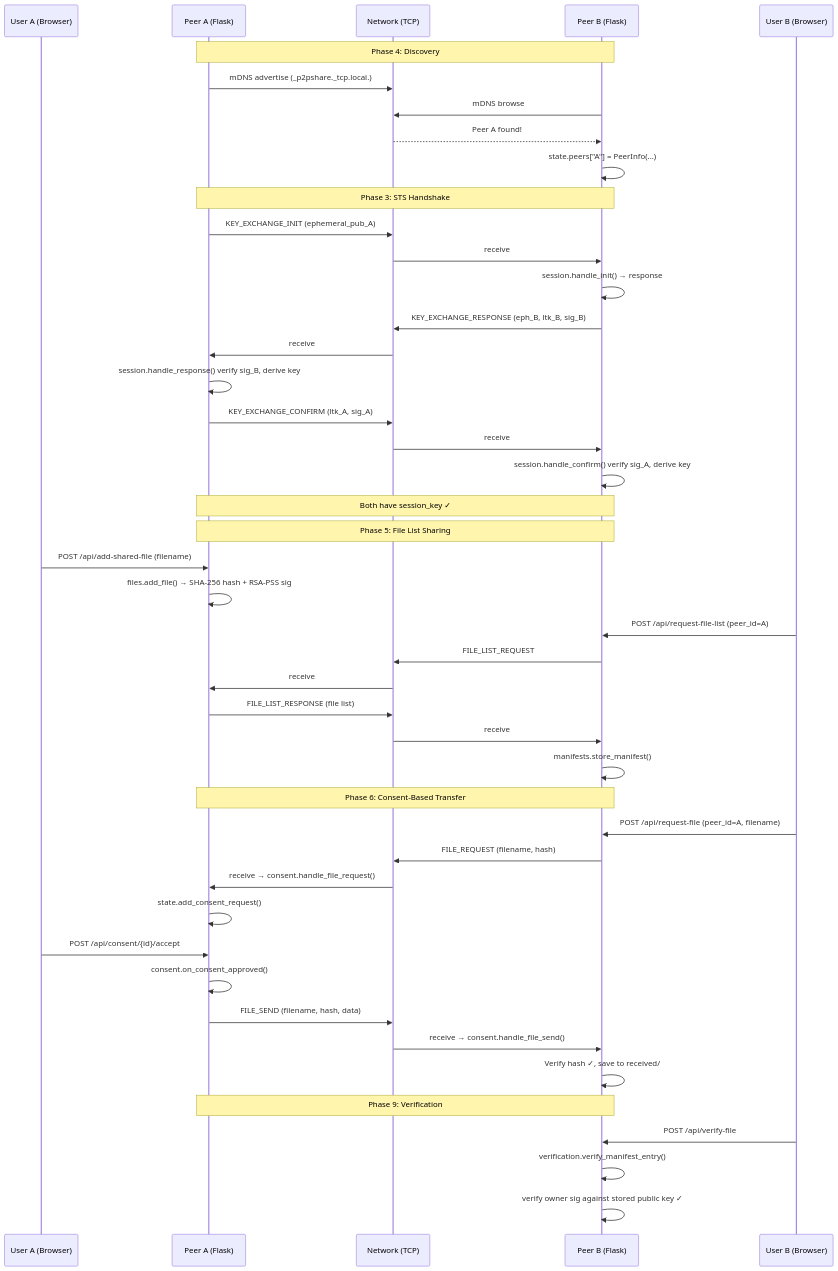
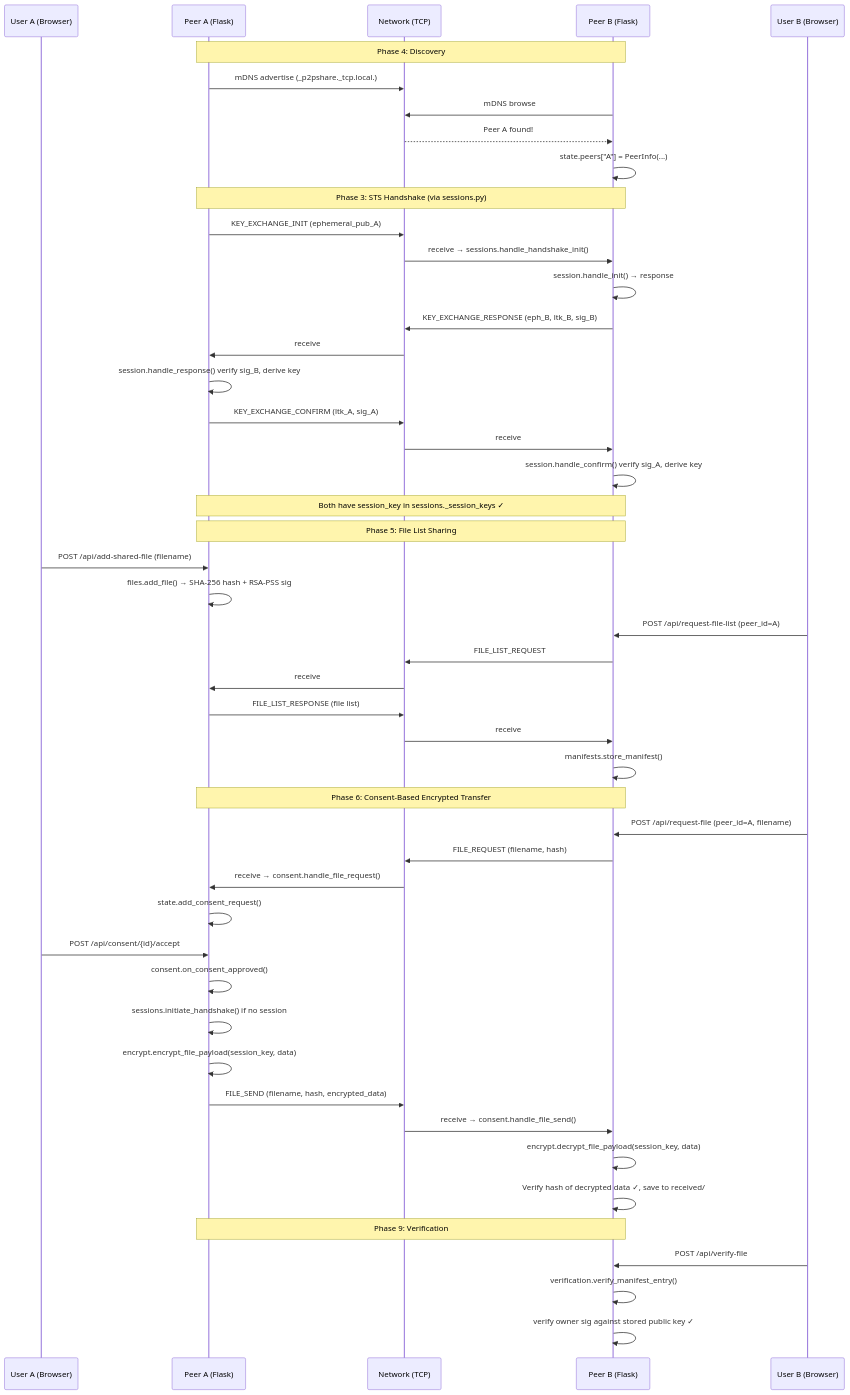
One commit to KY-028/cisc468-p2pfilesharing changed the tenth of 11 diagrams in python_client/ARCHITECTURE.md. Above: the diagram before and after it, drawn with Mermaid. The commit also changed other lines of this file and 11 other files, not shown here.

````diff
--- a/python_client/ARCHITECTURE.md
+++ b/python_client/ARCHITECTURE.md
@@ -611,52 +624,55 @@
 ```mermaid
 sequenceDiagram
     participant UserA as User A (Browser)
     participant AppA as Peer A (Flask)
     participant Net as Network (TCP)
     participant AppB as Peer B (Flask)
     participant UserB as User B (Browser)
 
     Note over AppA,AppB: Phase 4: Discovery
     AppA->>Net: mDNS advertise (_p2pshare._tcp.local.)
     AppB->>Net: mDNS browse
     Net-->>AppB: Peer A found!
     AppB->>AppB: state.peers["A"] = PeerInfo(...)
 
-    Note over AppA,AppB: Phase 3: STS Handshake
+    Note over AppA,AppB: Phase 3: STS Handshake (via sessions.py)
     AppA->>Net: KEY_EXCHANGE_INIT (ephemeral_pub_A)
-    Net->>AppB: receive
+    Net->>AppB: receive → sessions.handle_handshake_init()
     AppB->>AppB: session.handle_init() → response
     AppB->>Net: KEY_EXCHANGE_RESPONSE (eph_B, ltk_B, sig_B)
     Net->>AppA: receive
     AppA->>AppA: session.handle_response() verify sig_B, derive key
     AppA->>Net: KEY_EXCHANGE_CONFIRM (ltk_A, sig_A)
     Net->>AppB: receive
     AppB->>AppB: session.handle_confirm() verify sig_A, derive key
-    Note over AppA,AppB: Both have session_key ✓
+    Note over AppA,AppB: Both have session_key in sessions._session_keys ✓
 
     Note over AppA,AppB: Phase 5: File List Sharing
     UserA->>AppA: POST /api/add-shared-file (filename)
     AppA->>AppA: files.add_file() → SHA-256 hash + RSA-PSS sig
     UserB->>AppB: POST /api/request-file-list (peer_id=A)
     AppB->>Net: FILE_LIST_REQUEST
     Net->>AppA: receive
     AppA->>Net: FILE_LIST_RESPONSE (file list)
     Net->>AppB: receive
     AppB->>AppB: manifests.store_manifest()
 
-    Note over AppA,AppB: Phase 6: Consent-Based Transfer
+    Note over AppA,AppB: Phase 6: Consent-Based Encrypted Transfer
     UserB->>AppB: POST /api/request-file (peer_id=A, filename)
     AppB->>Net: FILE_REQUEST (filename, hash)
     Net->>AppA: receive → consent.handle_file_request()
     AppA->>AppA: state.add_consent_request()
     UserA->>AppA: POST /api/consent/{id}/accept
     AppA->>AppA: consent.on_consent_approved()
-    AppA->>Net: FILE_SEND (filename, hash, data)
+    AppA->>AppA: sessions.initiate_handshake() if no session
+    AppA->>AppA: encrypt.encrypt_file_payload(session_key, data)
+    AppA->>Net: FILE_SEND (filename, hash, encrypted_data)
     Net->>AppB: receive → consent.handle_file_send()
-    AppB->>AppB: Verify hash ✓, save to received/
+    AppB->>AppB: encrypt.decrypt_file_payload(session_key, data)
+    AppB->>AppB: Verify hash of decrypted data ✓, save to received/
 
     Note over AppA,AppB: Phase 9: Verification
     UserB->>AppB: POST /api/verify-file
     AppB->>AppB: verification.verify_manifest_entry()
     AppB->>AppB: verify owner sig against stored public key ✓
 ```
````
